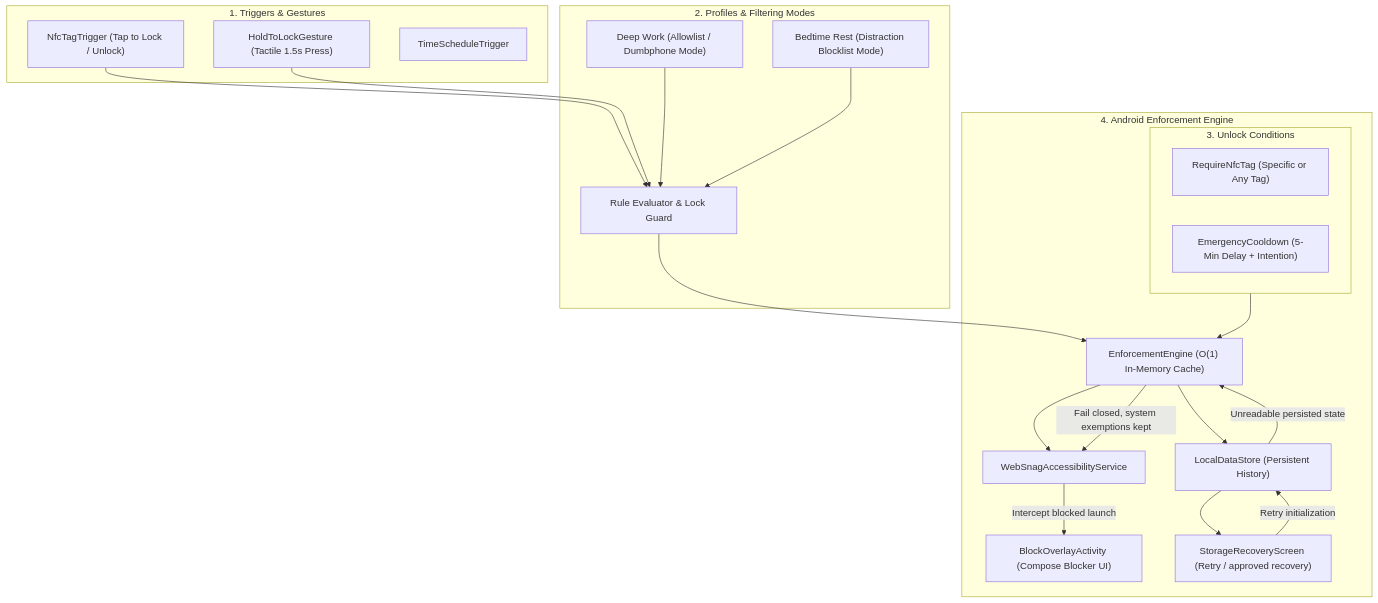
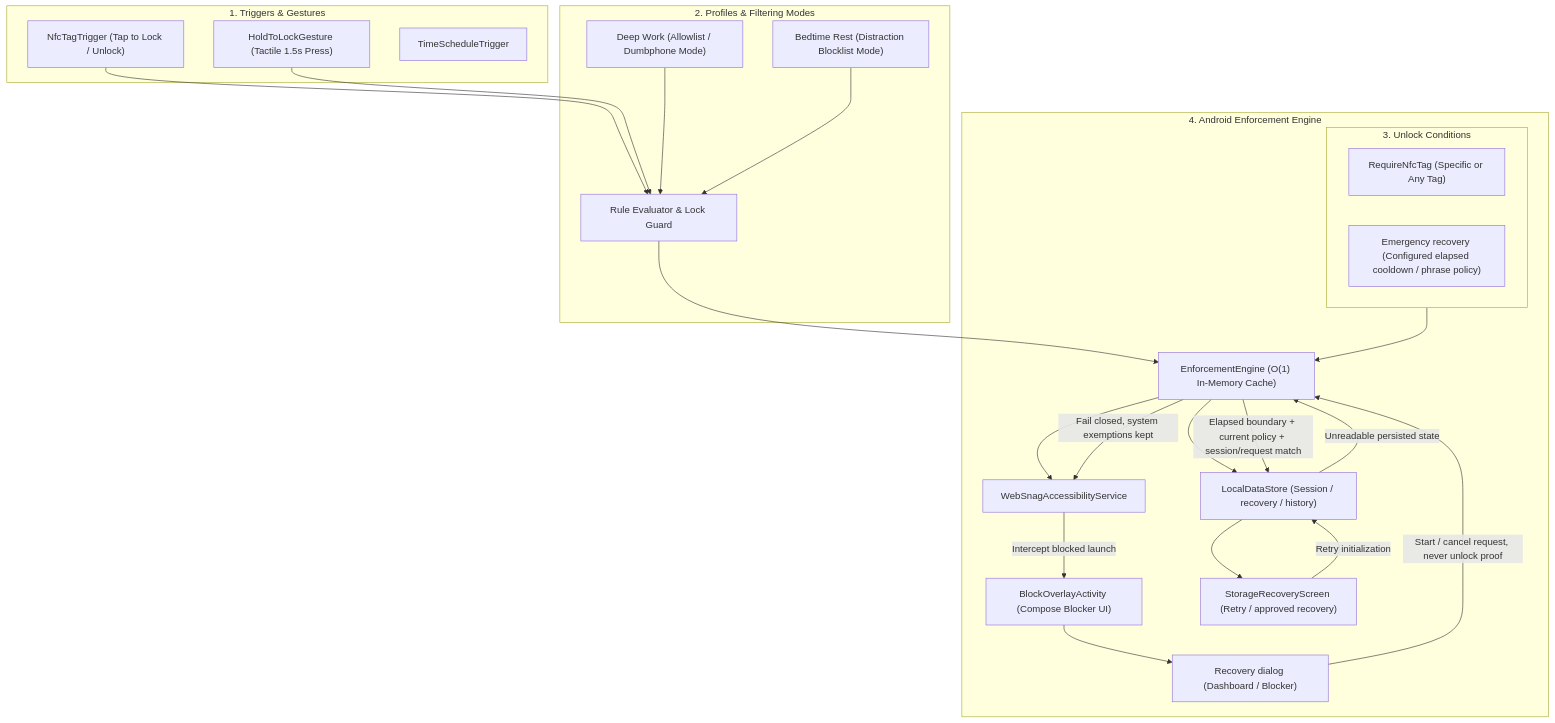
One commit to mcasillas17/WebSnag changed the diagram in README.md. Above: the diagram before and after it, drawn with Mermaid. The commit also changed other lines of this file and 45 other files, not shown here.

First line of the commit message:
ENF-001: make emergency recovery timing and intention consistent (#49)

````diff
--- a/README.md
+++ b/README.md
@@ -34,41 +34,45 @@
 ```mermaid
 flowchart TD
     subgraph Triggers ["1. Triggers & Gestures"]
         T1["NfcTagTrigger (Tap to Lock / Unlock)"]
         T2["HoldToLockGesture (Tactile 1.5s Press)"]
         T3["TimeScheduleTrigger"]
     end
 
     subgraph Core ["2. Profiles & Filtering Modes"]
         P1["Deep Work (Allowlist / Dumbphone Mode)"]
         P2["Bedtime Rest (Distraction Blocklist Mode)"]
         R["Rule Evaluator & Lock Guard"]
         T1 --> R
         T2 --> R
         P1 --> R
         P2 --> R
     end
 
     subgraph Conditions ["3. Unlock Conditions"]
         U1["RequireNfcTag (Specific or Any Tag)"]
-        U2["EmergencyCooldown (5-Min Delay + Intention)"]
+        U2["Emergency recovery (Configured elapsed cooldown / phrase policy)"]
     end
 
     subgraph Enforcement ["4. Android Enforcement Engine"]
         EE["EnforcementEngine (O(1) In-Memory Cache)"]
         AS["WebSnagAccessibilityService"]
         OA["BlockOverlayActivity (Compose Blocker UI)"]
-        DS["LocalDataStore (Persistent History)"]
+        DS["LocalDataStore (Session / recovery / history)"]
         SR["StorageRecoveryScreen (Retry / approved recovery)"]
+        ER["Recovery dialog (Dashboard / Blocker)"]
 
         R --> EE
         Conditions --> EE
         EE --> AS
         EE --> DS
         DS -->|"Unreadable persisted state"| EE
         EE -->|"Fail closed, system exemptions kept"| AS
         DS --> SR
         SR -->|"Retry initialization"| DS
         AS -->|"Intercept blocked launch"| OA
+        OA --> ER
+        ER -->|"Start / cancel request, never unlock proof"| EE
+        EE -->|"Elapsed boundary + current policy + session/request match"| DS
     end
 ```
````
